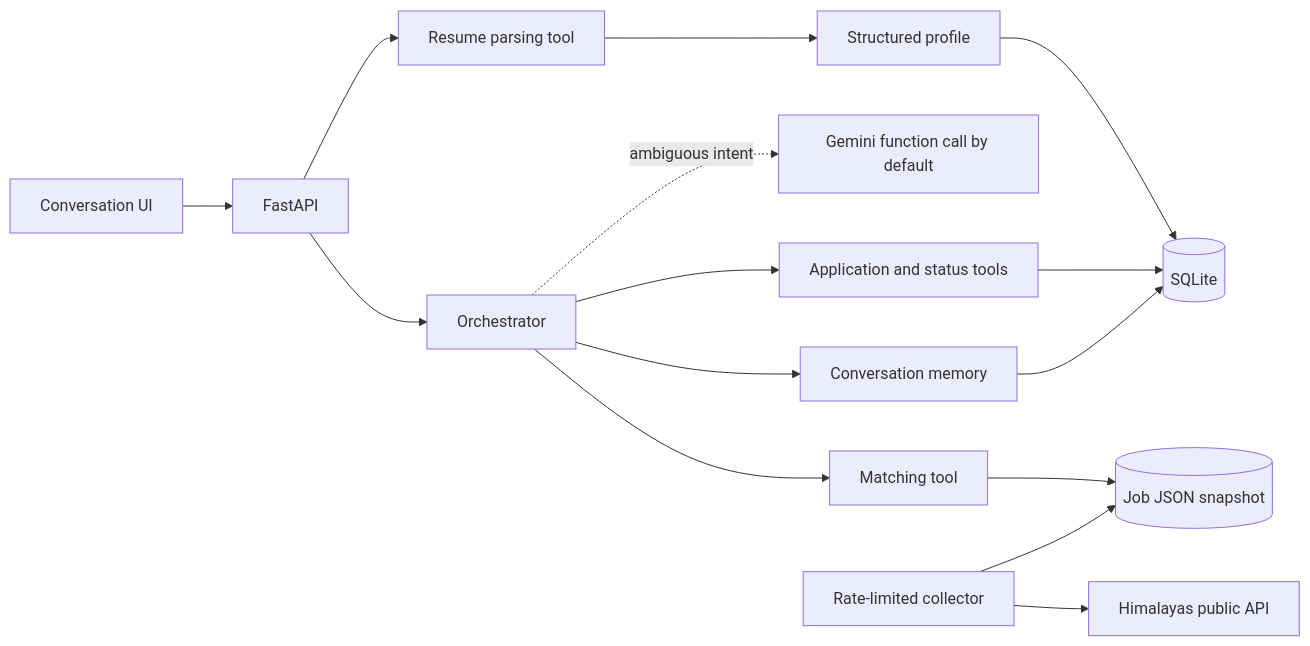
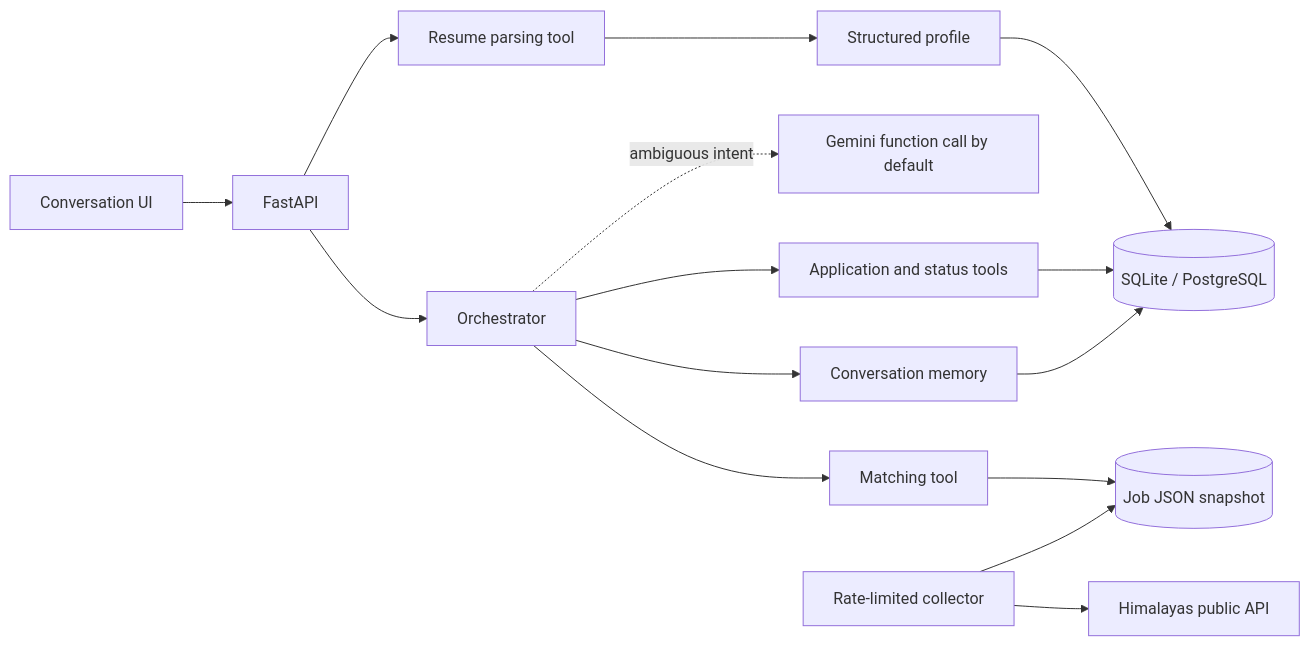
One commit to ABHISHEK27Y/hidani-assessment changed the diagram in README.md. Above: the diagram before and after it, drawn with Mermaid. The commit also changed other lines of this file, not shown here.

````diff
--- a/README.md
+++ b/README.md
@@ -56,17 +56,17 @@
 ```mermaid
 flowchart LR
   UI[Conversation UI] --> API[FastAPI]
   API --> Parse[Resume parsing tool]
   Parse --> Profile[Structured profile]
-  Profile --> DB[(SQLite)]
+  Profile --> DB[(SQLite / PostgreSQL)]
   API --> Agent[Orchestrator]
   Agent -. ambiguous intent .-> LLM[Gemini function call by default]
   Agent --> Match[Matching tool]
   Match --> JSON[(Job JSON snapshot)]
   Agent --> Apply[Application and status tools]
   Apply --> DB
   Agent --> Memory[Conversation memory]
   Memory --> DB
   Scrape[Rate-limited collector] --> Public[Himalayas public API]
   Scrape --> JSON
 ```
````
